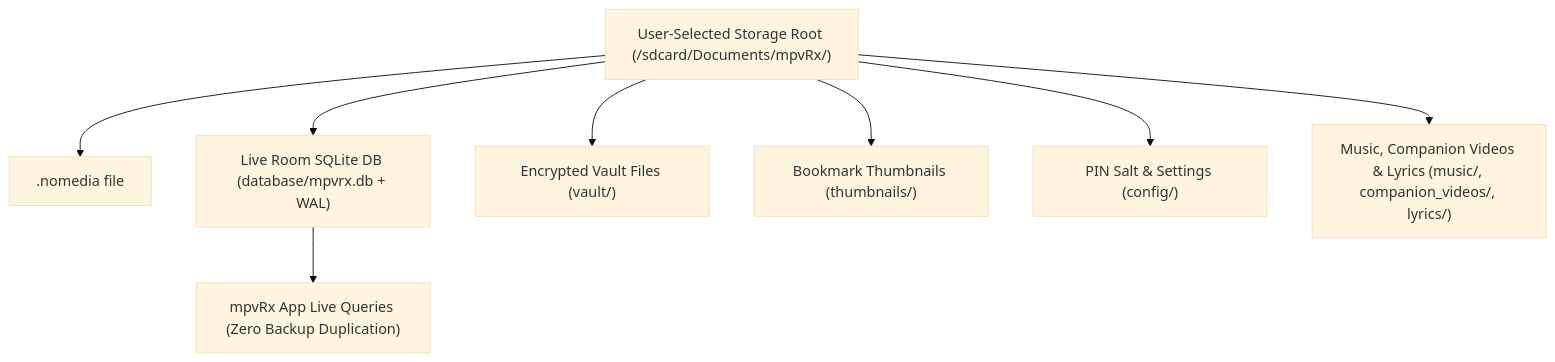
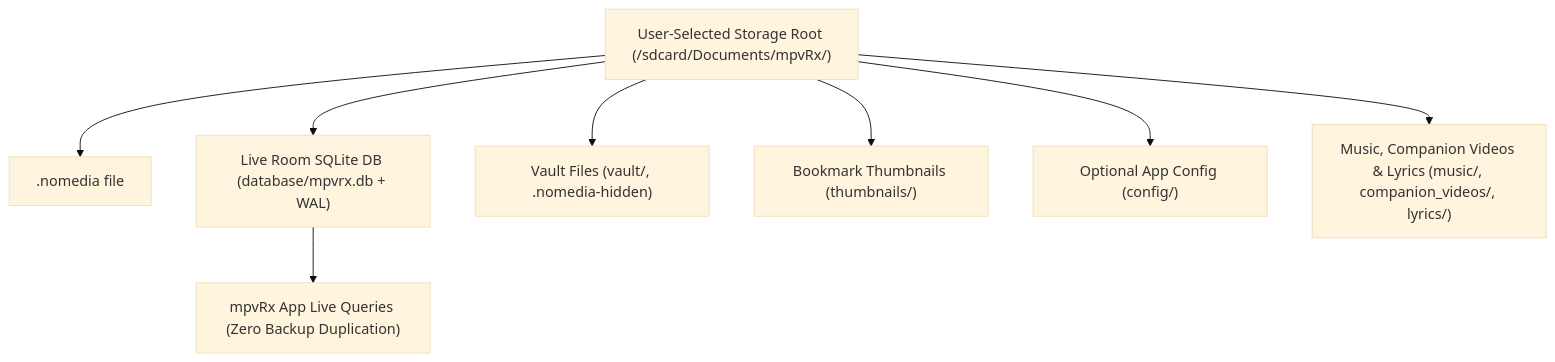
One commit to Mostakim2005/mpvRx changed the sixth of 8 diagrams in docs/ARCHITECTURE.md. Above: the diagram before and after it, drawn with Mermaid (base theme). The commit also changed other lines of this file and 3 other files, not shown here.

First line of the commit message:
docs: correct the v3.2.2 architecture, decisions and release evidence

````diff
--- a/docs/ARCHITECTURE.md
+++ b/docs/ARCHITECTURE.md
@@ -194,10 +235,10 @@
 ```mermaid
 flowchart TD
     UserPickedRoot["User-Selected Storage Root (/sdcard/Documents/mpvRx/)"] --> Nomedia[".nomedia file"]
     UserPickedRoot --> LiveDB["Live Room SQLite DB (database/mpvrx.db + WAL)"]
-    UserPickedRoot --> Vault["Encrypted Vault Files (vault/)"]
+    UserPickedRoot --> Vault["Vault Files (vault/, .nomedia-hidden)"]
     UserPickedRoot --> Thumbnails["Bookmark Thumbnails (thumbnails/)"]
-    UserPickedRoot --> Config["PIN Salt & Settings (config/)"]
+    UserPickedRoot --> Config["Optional App Config (config/)"]
     UserPickedRoot --> Media["Music, Companion Videos & Lyrics (music/, companion_videos/, lyrics/)"]
     LiveDB --> App["mpvRx App Live Queries (Zero Backup Duplication)"]
 ```
````
